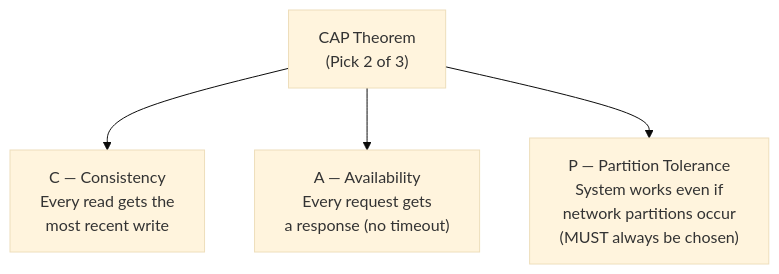
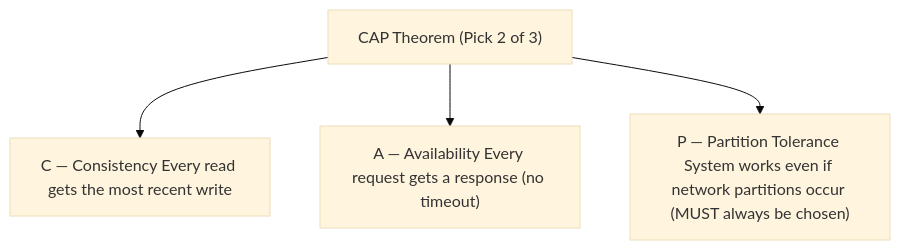
One commit to Wolfgang281/MongoDB changed the sixth of 8 diagrams in MongoDB/sql-nosql-scaling-acid-cap.md. Above: the diagram before and after it, drawn with Mermaid (base theme). The commit also changed other lines of this file, not shown here.

````diff
--- a/MongoDB/sql-nosql-scaling-acid-cap.md
+++ b/MongoDB/sql-nosql-scaling-acid-cap.md
@@ -382,7 +382,7 @@
 ```mermaid
 graph TD
-    CAP["CAP Theorem\n(Pick 2 of 3)"]
-    CAP --> C["C — Consistency\nEvery read gets the\nmost recent write"]
-    CAP --> A["A — Availability\nEvery request gets\na response (no timeout)"]
-    CAP --> P["P — Partition Tolerance\nSystem works even if\nnetwork partitions occur\n(MUST always be chosen)"]
+    CAP["CAP Theorem (Pick 2 of 3)"]
+    CAP --> C["C — Consistency Every read gets the most recent write"]
+    CAP --> A["A — Availability Every request gets a response (no timeout)"]
+    CAP --> P["P — Partition Tolerance System works even if network partitions occur (MUST always be chosen)"]
 ```
````
